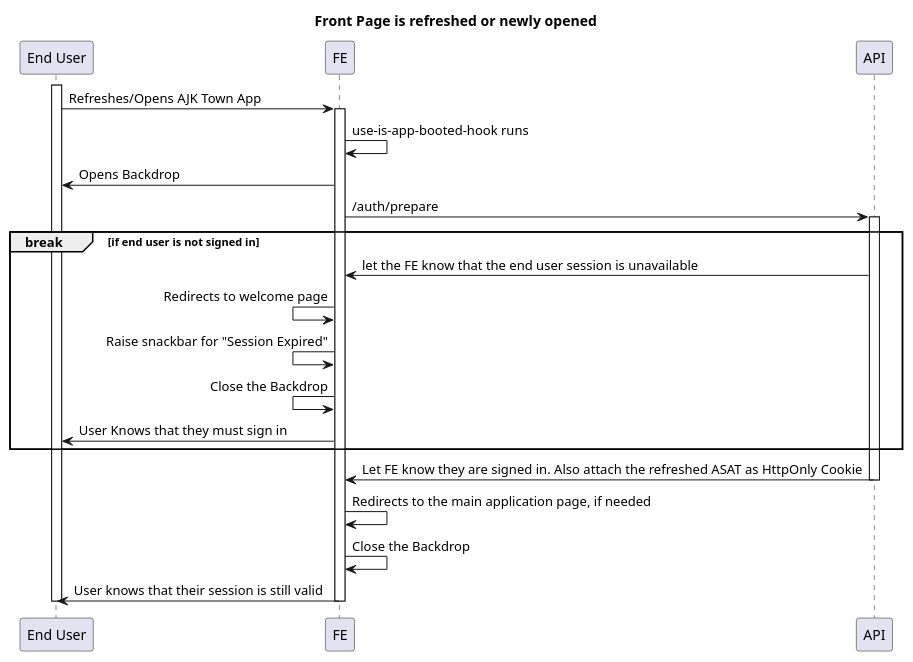
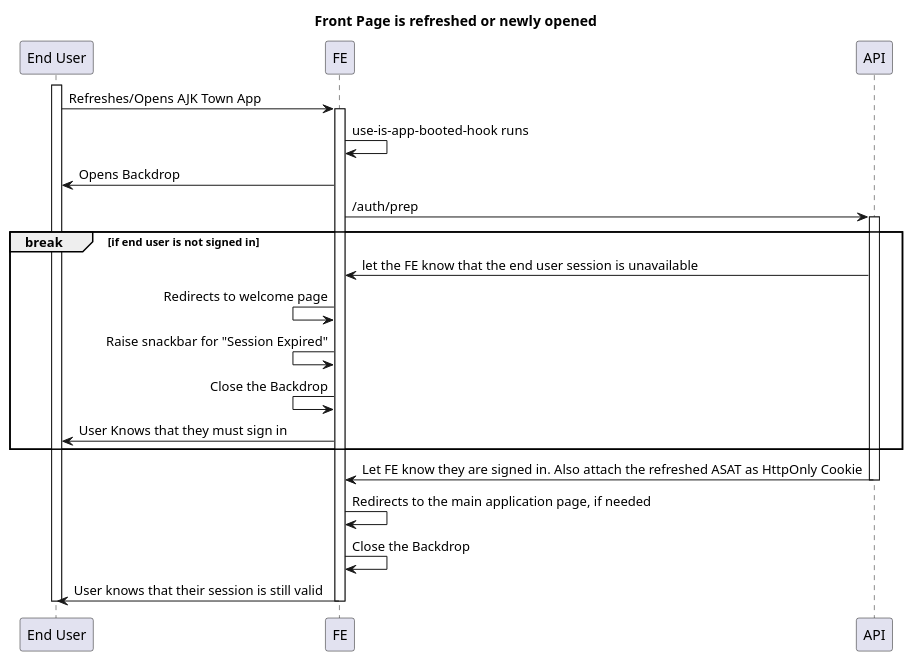
The first of 2 diagrams in fe/sign-out.md (ajktown/docs), drawn with PlantUML before and after one commit. The commit also changed other lines of this file, not shown here.

Commit message:
fix: get auth prep api

````diff
--- a/fe/sign-out.md
+++ b/fe/sign-out.md
@@ -60,34 +60,34 @@
 ```plantuml
 
 @startuml
 
 title Front Page is refreshed or newly opened
 
 participant "End User" as user
 participant "FE" as fe
 participant "API" as api
 
 activate user
   user -> fe: Refreshes/Opens AJK Town App
   activate fe
     fe -> fe: use-is-app-booted-hook runs
     user <- fe: Opens Backdrop
-    fe -> api: /auth/prepare
+    fe -> api: /auth/prep
     activate api
       break if end user is not signed in
       fe <- api: let the FE know that the end user session is unavailable
       fe <- fe: Redirects to welcome page
       fe <- fe: Raise snackbar for "Session Expired"
       fe <- fe: Close the Backdrop
       user <- fe: User Knows that they must sign in
       end break
       fe <- api: Let FE know they are signed in. Also attach the refreshed ASAT as HttpOnly Cookie
     deactivate api
     fe -> fe: Redirects to the main application page, if needed
     fe -> fe: Close the Backdrop
     user <- fe: User knows that their session is still valid
   deactivate fe
 deactivate user
 
 
 ```
````
